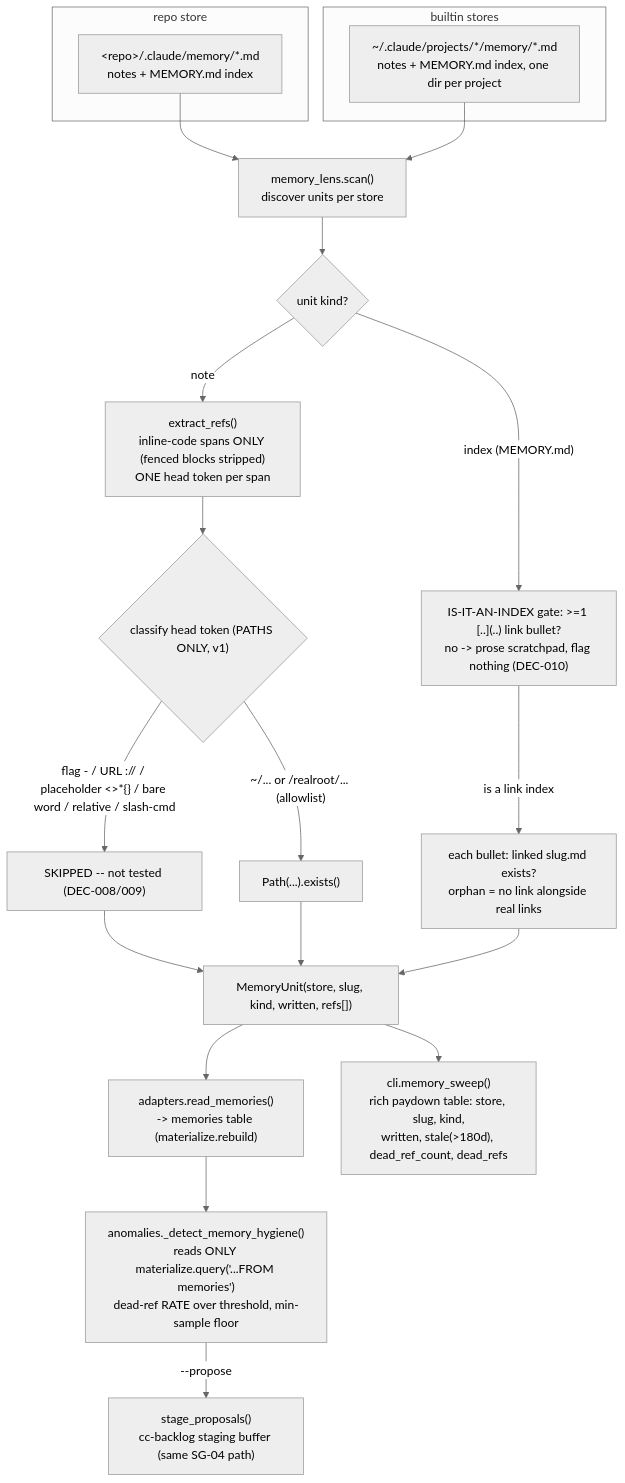
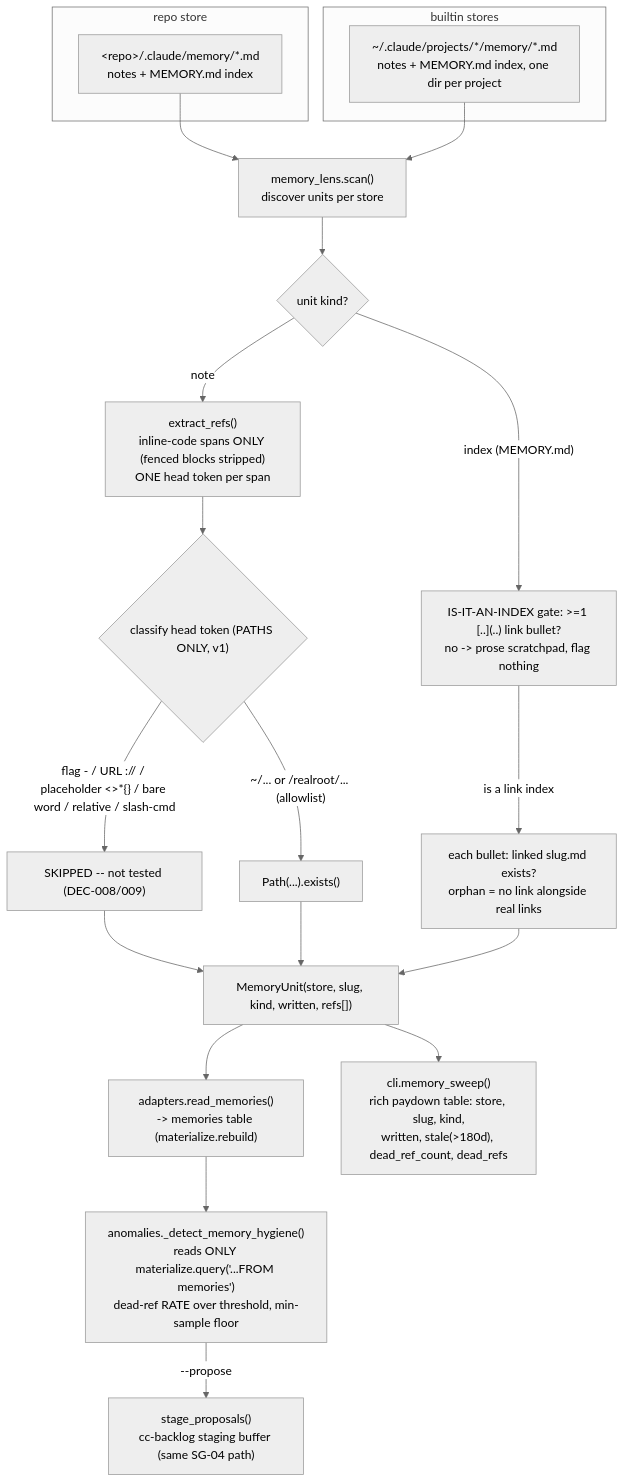
The diagram in lib/stats/docs/specs/SPEC-136-memory-lens.md (dwarvesf/dwarves-kit), drawn with Mermaid (neutral theme) before and after one commit. The commit also changed other lines of this file and 135 other files, not shown here.

````diff
--- a/lib/stats/docs/specs/SPEC-136-memory-lens.md
+++ b/lib/stats/docs/specs/SPEC-136-memory-lens.md
@@ -91,25 +91,25 @@
 ```mermaid
 flowchart TD
     subgraph repo store
         A["&lt;repo&gt;/.claude/memory/*.md<br/>notes + MEMORY.md index"]
     end
     subgraph builtin stores
         B["~/.claude/projects/*/memory/*.md<br/>notes + MEMORY.md index, one dir per project"]
     end
     A --> C["memory_lens.scan()<br/>discover units per store"]
     B --> C
     C --> D{"unit kind?"}
     D -->|"note"| E["extract_refs()<br/>inline-code spans ONLY (fenced blocks stripped)<br/>ONE head token per span"]
-    D -->|"index (MEMORY.md)"| F["IS-IT-AN-INDEX gate: >=1 [..](..) link bullet?<br/>no -&gt; prose scratchpad, flag nothing (DEC-010)"]
+    D -->|"index (MEMORY.md)"| F["IS-IT-AN-INDEX gate: >=1 [..](..) link bullet?<br/>no -&gt; prose scratchpad, flag nothing"]
     E --> G{"classify head token (PATHS ONLY, v1)"}
     G -->|"flag - / URL :// / placeholder &lt;&gt;*{} / bare word / relative / slash-cmd"| H["SKIPPED -- not tested (DEC-008/009)"]
     G -->|"~/... or /realroot/... (allowlist)"| I["Path(...).exists()"]
     F -->|"is a link index"| K["each bullet: linked slug.md exists?<br/>orphan = no link alongside real links"]
     I --> L["MemoryUnit(store, slug, kind, written, refs[])"]
     K --> L
     H --> L
     L --> M["adapters.read_memories()<br/>-&gt; memories table (materialize.rebuild)"]
     L --> N["cli.memory_sweep()<br/>rich paydown table: store, slug, kind,<br/>written, stale(&gt;180d), dead_ref_count, dead_refs"]
     M --> O["anomalies._detect_memory_hygiene()<br/>reads ONLY materialize.query('...FROM memories')<br/>dead-ref RATE over threshold, min-sample floor"]
     O -->|"--propose"| P["stage_proposals()<br/>cc-backlog staging buffer (same SG-04 path)"]
 ```
````
